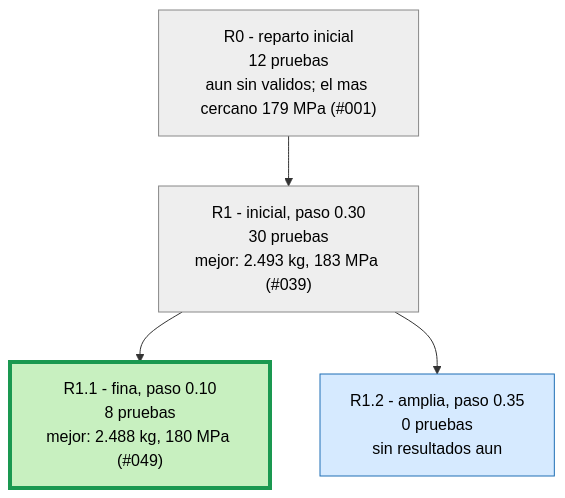
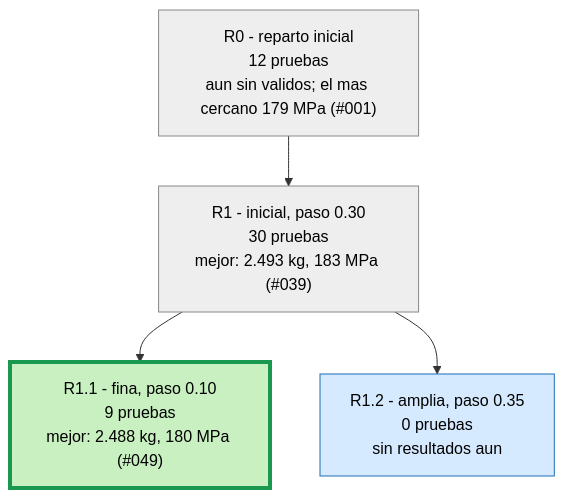
One commit to Hugiko/msd-soporte-optimizacion changed the second of 3 diagrams in runs/opt_37800N/ARBOL.md. Above: the diagram before and after it, drawn with Mermaid. The commit also changed 22 other files, not shown here.

````diff
--- a/runs/opt_37800N/ARBOL.md
+++ b/runs/opt_37800N/ARBOL.md
@@ -21,13 +21,13 @@
 ```mermaid
 graph TD
 classDef activa fill:#d6eaff,stroke:#1f6fb5,color:#000
 classDef fin fill:#eeeeee,stroke:#888,color:#000
 classDef mejor fill:#c8f0c0,stroke:#1a9850,stroke-width:4px,color:#000
 R0["R0 - reparto inicial<br/>12 pruebas<br/>aun sin validos; el mas cercano 179 MPa (#001)"]:::fin
 R1["R1 - inicial, paso 0.30<br/>30 pruebas<br/>mejor: 2.493 kg, 183 MPa (#039)"]:::fin
 R0 --> R1
-R1_1["R1.1 - fina, paso 0.10<br/>8 pruebas<br/>mejor: 2.488 kg, 180 MPa (#049)"]:::mejor
+R1_1["R1.1 - fina, paso 0.10<br/>9 pruebas<br/>mejor: 2.488 kg, 180 MPa (#049)"]:::mejor
 R1 --> R1_1
 R1_2["R1.2 - amplia, paso 0.35<br/>0 pruebas<br/>sin resultados aun"]:::activa
 R1 --> R1_2
 ```
````
